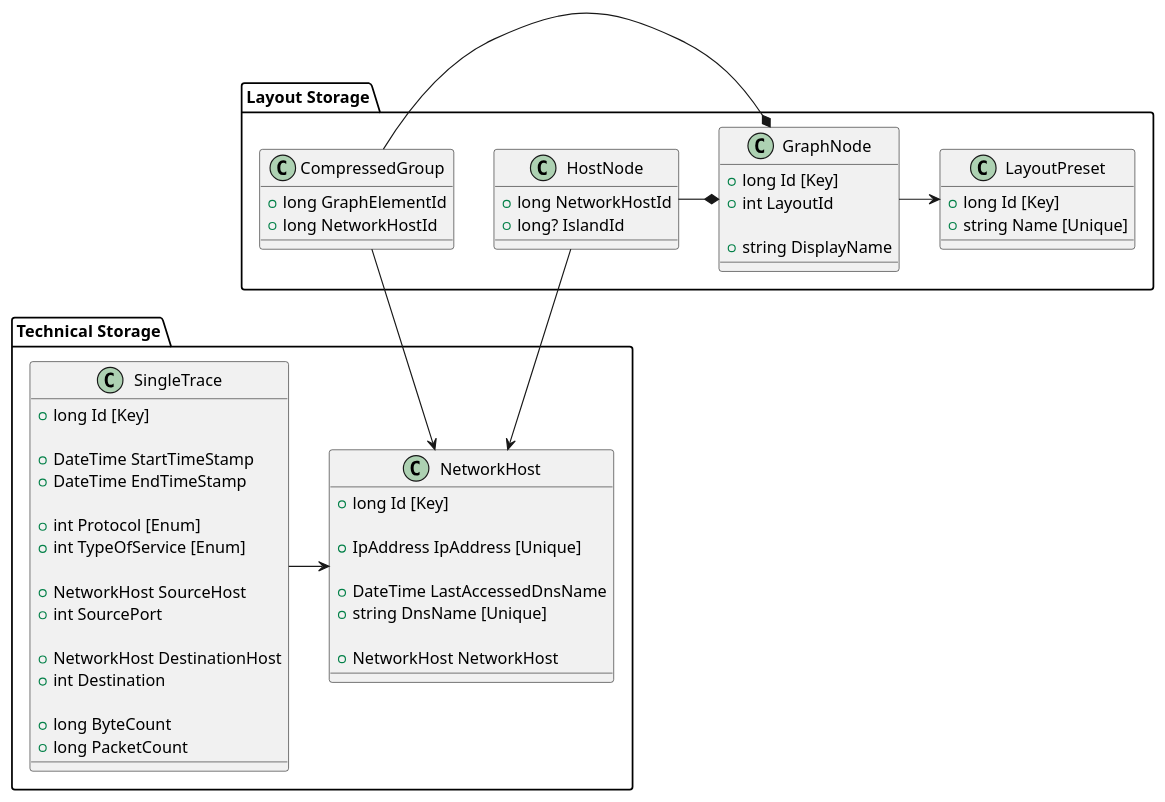
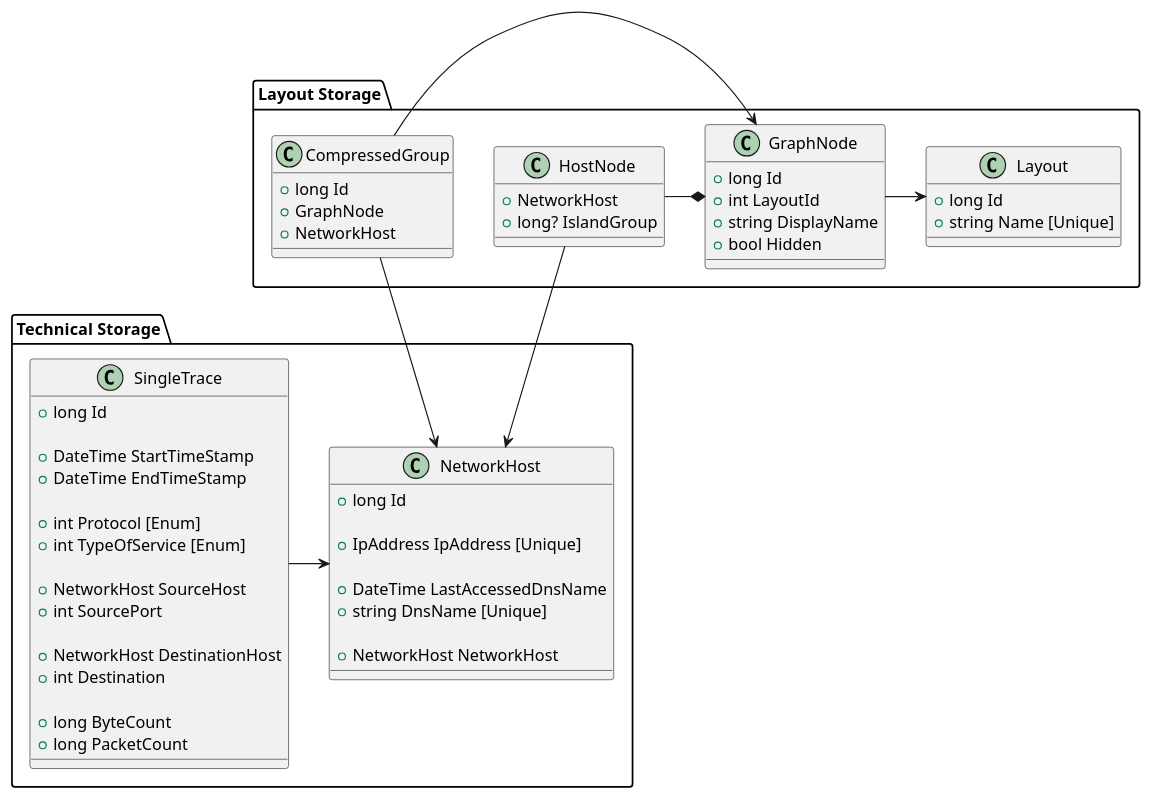
Before and after one commit to TELBC/Netanol: the diagram in TAPAS/UML.puml, drawn with PlantUML. The commit also changed 17 other files, not shown here.

```diff
--- a/TAPAS/UML.puml
+++ b/TAPAS/UML.puml
@@ -1,65 +1,66 @@
 @startuml
 
 package "Technical Storage" {
     class SingleTrace {
-        + long Id [Key]
+        + long Id 
     
         + DateTime StartTimeStamp
         + DateTime EndTimeStamp
         
         + int Protocol [Enum]
         + int TypeOfService [Enum]
     
         + NetworkHost SourceHost
         + int SourcePort
         
         + NetworkHost DestinationHost
         + int Destination
         
         + long ByteCount
         + long PacketCount
     }
     SingleTrace-> NetworkHost
     
     class NetworkHost {
-        + long Id [Key]
+        + long Id 
     
         + IpAddress IpAddress [Unique]
         
         + DateTime LastAccessedDnsName
         + string DnsName [Unique]
         
         + NetworkHost NetworkHost
     }
 }
 
 package "Layout Storage" {
-    class LayoutPreset {
-        + long Id [Key]
+    class Layout {
+        + long Id
         + string Name [Unique]
     }
 
     class GraphNode {
-        + long Id [Key]
+        + long Id
         + int LayoutId
-        
         + string DisplayName
+        + bool Hidden
     }
-    GraphNode -> LayoutPreset
+    GraphNode -> Layout
     
     class HostNode {
-        + long NetworkHostId
-        + long? IslandId
+        + NetworkHost
+        + long? IslandGroup
     }
     HostNode -* GraphNode
     HostNode --> NetworkHost
     
     class CompressedGroup {
-        + long GraphElementId
-        + long NetworkHostId
+        + long Id
+        + GraphNode
+        + NetworkHost
     }
-    CompressedGroup -* GraphNode
+    CompressedGroup -> GraphNode
     CompressedGroup -> NetworkHost
 }
 
 @enduml
```
